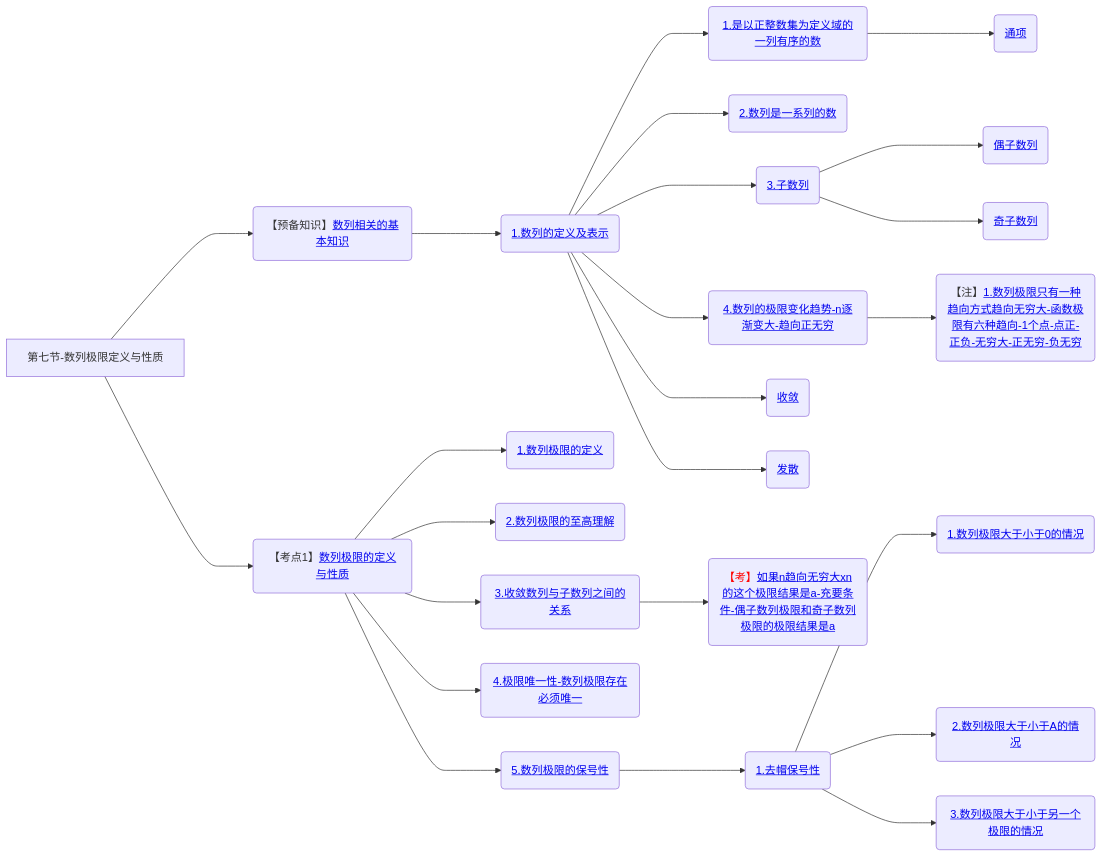
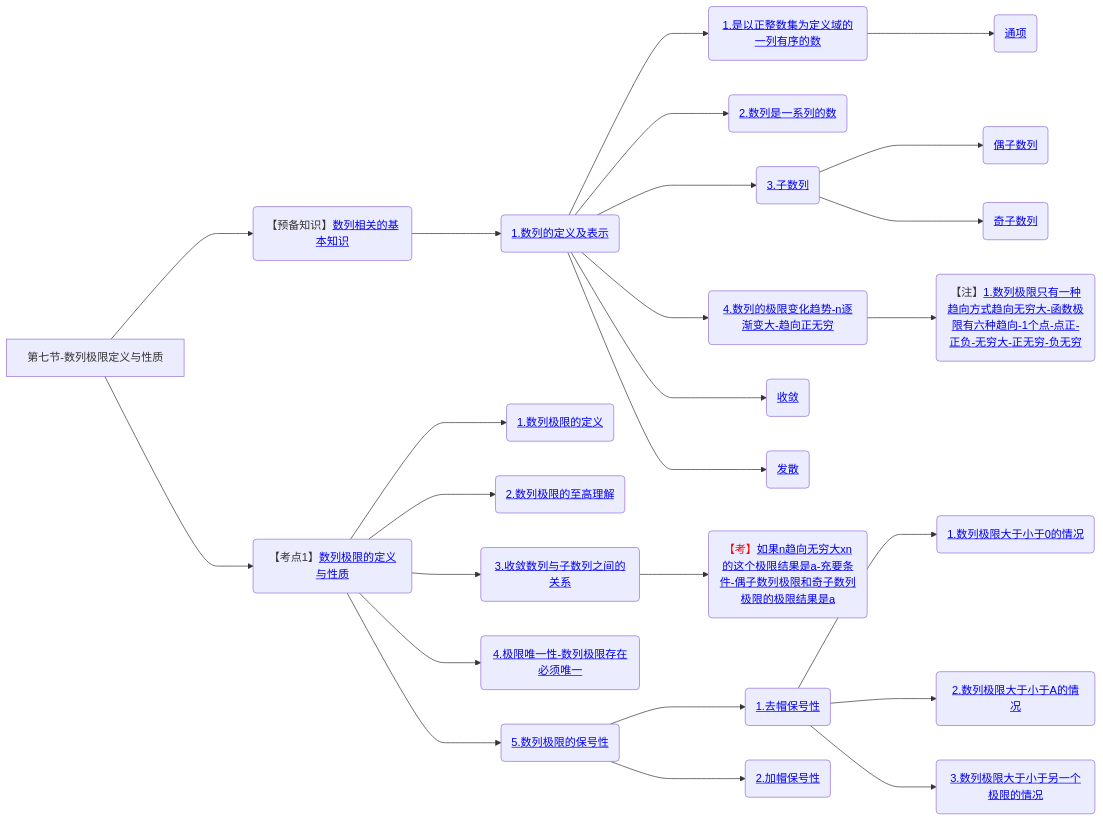
One commit to yuebinghui/note changed the seventh of 7 diagrams in 笔记/数学/周洋鑫/01.基础班思维导图.md. Above: the diagram before and after it, drawn with Mermaid. The commit also changed 6 other files, not shown here.

````diff
--- a/笔记/数学/周洋鑫/01.基础班思维导图.md
+++ b/笔记/数学/周洋鑫/01.基础班思维导图.md
@@ -255,33 +255,34 @@
 ```mermaid
 graph LR
 第七节-数列极限定义与性质
 
 第七节-数列极限定义与性质--->数列相关的基本知识(【预备知识】<a href="/Users/yuebinghui/Documents/program/github/note/笔记/数学/周洋鑫/基础班/07.数列极限定义与性质.md#数列相关的基本知识">数列相关的基本知识</>)
 数列相关的基本知识--->1.数列的定义及表示(<a href="/Users/yuebinghui/Documents/program/github/note/笔记/数学/周洋鑫/基础班/07.数列极限定义与性质.md#1.数列的定义及表示">1.数列的定义及表示</>)
 1.数列的定义及表示--->1.是以正整数集为定义域的一列有序的数(<a href="/Users/yuebinghui/Documents/program/github/note/笔记/数学/周洋鑫/基础班/07.数列极限定义与性质.md#1.是以正整数集为定义域的一列有序的数">1.是以正整数集为定义域的一列有序的数</>)
 1.是以正整数集为定义域的一列有序的数--->通项(<a href="/Users/yuebinghui/Documents/program/github/note/笔记/数学/周洋鑫/基础班/07.数列极限定义与性质.md#通项">通项</>)
 
 1.数列的定义及表示--->2.数列是一系列的数(<a href="/Users/yuebinghui/Documents/program/github/note/笔记/数学/周洋鑫/基础班/07.数列极限定义与性质.md#2.数列是一系列的数">2.数列是一系列的数</>)
 
 1.数列的定义及表示--->3.子数列(<a href="/Users/yuebinghui/Documents/program/github/note/笔记/数学/周洋鑫/基础班/07.数列极限定义与性质.md#3.子数列">3.子数列</>)
 3.子数列--->偶子数列(<a href="/Users/yuebinghui/Documents/program/github/note/笔记/数学/周洋鑫/基础班/07.数列极限定义与性质.md#偶子数列">偶子数列</>)
 3.子数列--->奇子数列(<a href="/Users/yuebinghui/Documents/program/github/note/笔记/数学/周洋鑫/基础班/07.数列极限定义与性质.md#奇子数列">奇子数列</>)
 
 1.数列的定义及表示--->4.数列的极限变化趋势-n逐渐变大-趋向正无穷(<a href="/Users/yuebinghui/Documents/program/github/note/笔记/数学/周洋鑫/基础班/07.数列极限定义与性质.md#4.数列的极限变化趋势-n逐渐变大-趋向正无穷">4.数列的极限变化趋势-n逐渐变大-趋向正无穷</>)
 4.数列的极限变化趋势-n逐渐变大-趋向正无穷--->1.数列极限只有一种趋向方式趋向无穷大-函数极限有六种趋向-1个点-点正-正负-无穷大-正无穷-负无穷(【注】<a href="/Users/yuebinghui/Documents/program/github/note/笔记/数学/周洋鑫/基础班/07.数列极限定义与性质.md#1.数列极限只有一种趋向方式趋向无穷大-函数极限有六种趋向-1个点-点正-正负-无穷大-正无穷-负无穷">1.数列极限只有一种趋向方式趋向无穷大-函数极限有六种趋向-1个点-点正-正负-无穷大-正无穷-负无穷</>)
 1.数列的定义及表示--->收敛(<a href="/Users/yuebinghui/Documents/program/github/note/笔记/数学/周洋鑫/基础班/07.数列极限定义与性质.md#收敛">收敛</>)
 1.数列的定义及表示--->发散(<a href="/Users/yuebinghui/Documents/program/github/note/笔记/数学/周洋鑫/基础班/07.数列极限定义与性质.md#发散">发散</>)
 
 
 第七节-数列极限定义与性质--->数列极限的定义与性质(【考点1】<a href="/Users/yuebinghui/Documents/program/github/note/笔记/数学/周洋鑫/基础班/07.数列极限定义与性质.md#数列极限的定义与性质">数列极限的定义与性质</>)
 数列极限的定义与性质--->1.数列极限的定义(<a href="/Users/yuebinghui/Documents/program/github/note/笔记/数学/周洋鑫/基础班/07.数列极限定义与性质.md#1.数列极限的定义">1.数列极限的定义</>)
 数列极限的定义与性质--->2.数列极限的至高理解(<a href="/Users/yuebinghui/Documents/program/github/note/笔记/数学/周洋鑫/基础班/07.数列极限定义与性质.md#2.数列极限的至高理解">2.数列极限的至高理解</>)
 数列极限的定义与性质--->3.收敛数列与子数列之间的关系(<a href="/Users/yuebinghui/Documents/program/github/note/笔记/数学/周洋鑫/基础班/07.数列极限定义与性质.md#3.收敛数列与子数列之间的关系">3.收敛数列与子数列之间的关系</>)
 3.收敛数列与子数列之间的关系--->如果n趋向无穷大xn的这个极限结果是a-充要条件-偶子数列极限和奇子数列极限的极限结果是a(<span style="color:red">【考】</span><a href="/Users/yuebinghui/Documents/program/github/note/笔记/数学/周洋鑫/基础班/07.数列极限定义与性质.md#如果n趋向无穷大xn的这个极限结果是a-充要条件-偶子数列极限和奇子数列极限的极限结果是a">如果n趋向无穷大xn的这个极限结果是a-充要条件-偶子数列极限和奇子数列极限的极限结果是a</>)
 数列极限的定义与性质--->4.极限唯一性-数列极限存在必须唯一(<a href="/Users/yuebinghui/Documents/program/github/note/笔记/数学/周洋鑫/基础班/07.数列极限定义与性质.md#4.极限唯一性-数列极限存在必须唯一">4.极限唯一性-数列极限存在必须唯一</>)
 数列极限的定义与性质--->5.数列极限的保号性(<a href="/Users/yuebinghui/Documents/program/github/note/笔记/数学/周洋鑫/基础班/07.数列极限定义与性质.md#5.数列极限的保号性">5.数列极限的保号性</>)
 5.数列极限的保号性--->1.去帽保号性(<a href="/Users/yuebinghui/Documents/program/github/note/笔记/数学/周洋鑫/基础班/07.数列极限定义与性质.md#1.去帽保号性">1.去帽保号性</>)
 1.去帽保号性--->1.数列极限大于小于0的情况(<a href="/Users/yuebinghui/Documents/program/github/note/笔记/数学/周洋鑫/基础班/07.数列极限定义与性质.md#1.数列极限大于小于0的情况">1.数列极限大于小于0的情况</>)
 1.去帽保号性--->2.数列极限大于小于A的情况(<a href="/Users/yuebinghui/Documents/program/github/note/笔记/数学/周洋鑫/基础班/07.数列极限定义与性质.md#2.数列极限大于小于A的情况">2.数列极限大于小于A的情况</>)
 1.去帽保号性--->3.数列极限大于小于另一个极限的情况(<a href="/Users/yuebinghui/Documents/program/github/note/笔记/数学/周洋鑫/基础班/07.数列极限定义与性质.md#3.数列极限大于小于另一个极限的情况">3.数列极限大于小于另一个极限的情况</>)
+5.数列极限的保号性--->2.加帽保号性(<a href="/Users/yuebinghui/Documents/program/github/note/笔记/数学/周洋鑫/基础班/07.数列极限定义与性质.md#2.加帽保号性">2.加帽保号性</>)
 ```
````
